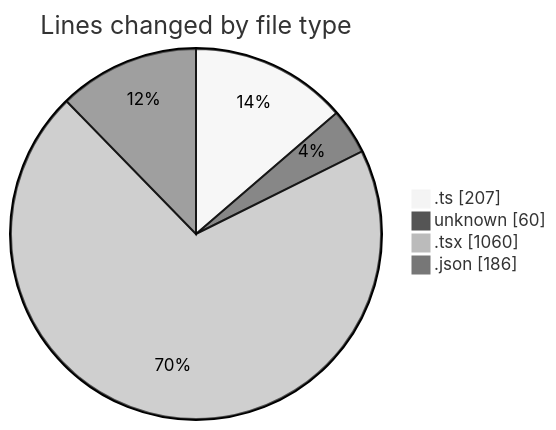
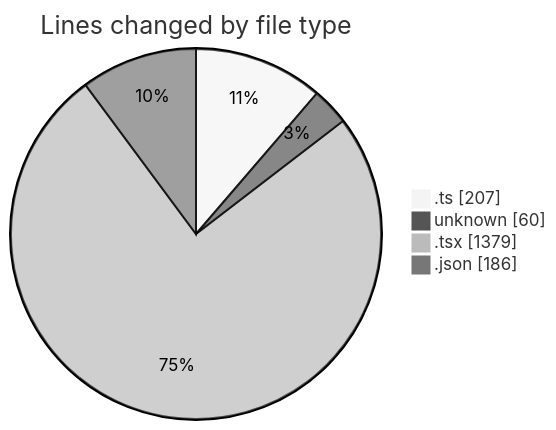
One commit to momahboobian/code-tracking changed the first of 2 diagrams in 2026-06-12/cda/README.md. Above: the diagram before and after it, drawn with Mermaid (neutral theme). The commit also changed other lines of this file and 1 other file, not shown here.

````diff
--- a/2026-06-12/cda/README.md
+++ b/2026-06-12/cda/README.md
@@ -28,8 +28,8 @@
 ```mermaid
 pie showData
 title Lines changed by file type
 ".ts" : 207
 "unknown" : 60
-".tsx" : 1060
+".tsx" : 1379
 ".json" : 186
 ```
````
